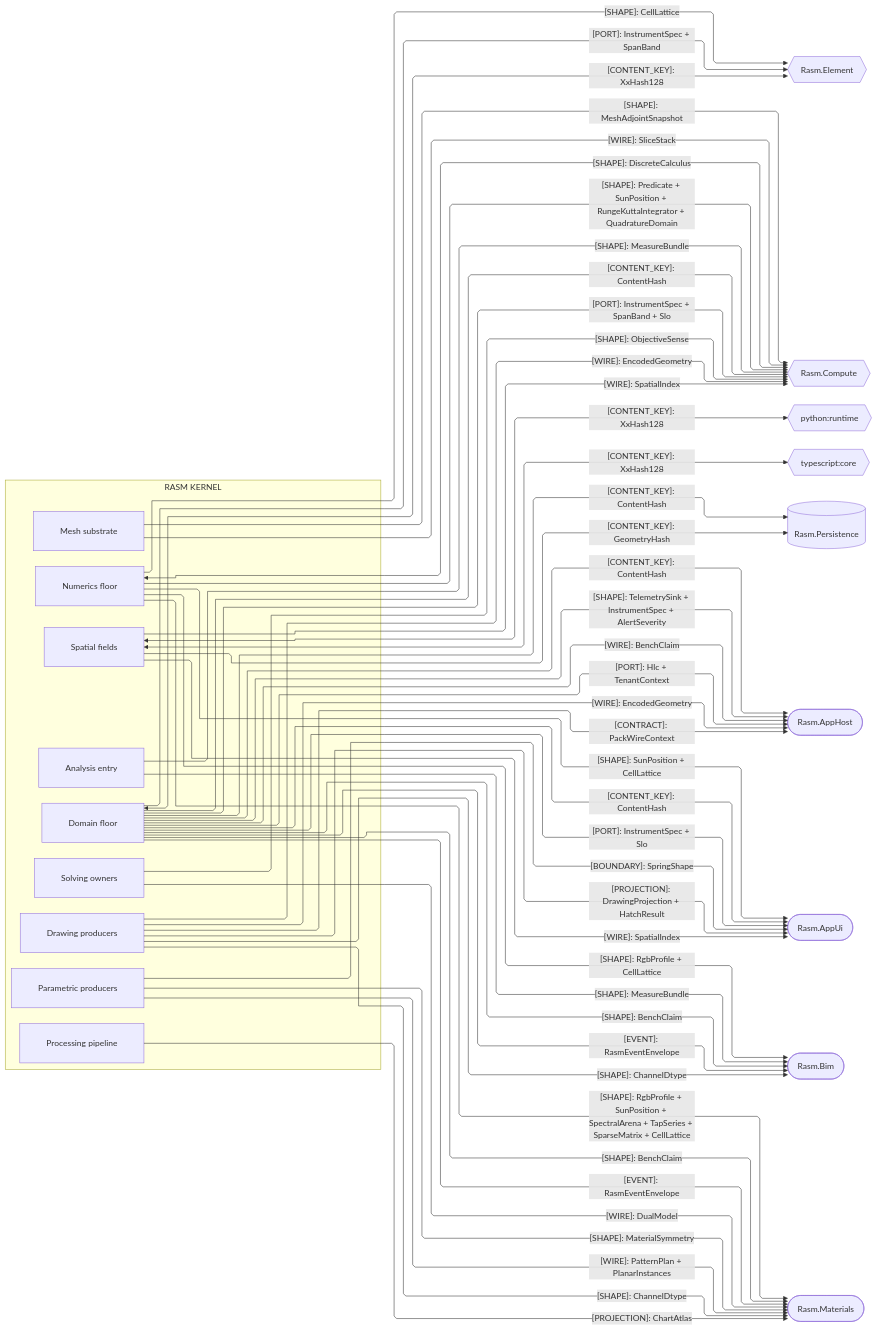
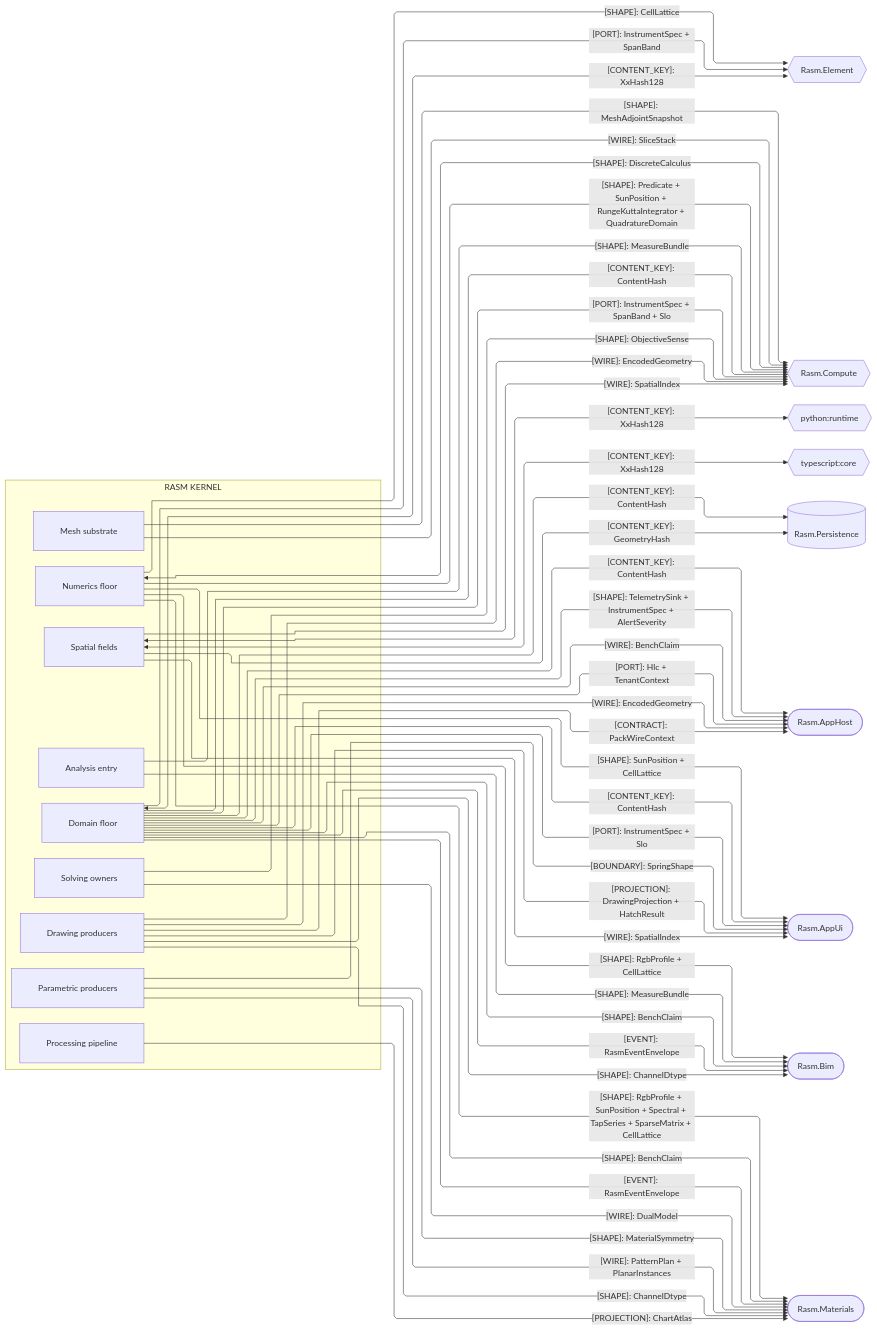
The second of 4 diagrams in libs/dotnet/Rasm/ARCHITECTURE.md (bsamiee/Rasm), drawn with Mermaid before and after one commit. The commit also changed other lines of this file and 83 other files, not shown here.

````diff
--- a/libs/dotnet/Rasm/ARCHITECTURE.md
+++ b/libs/dotnet/Rasm/ARCHITECTURE.md
@@ -170,74 +170,74 @@
 ```mermaid
 ---
 config:
   layout: elk
   flowchart:
     curve: linear
     padding: 25
 ---
 flowchart LR
     accTitle: Kernel content-key and compute-plane boundaries
     accDescr: Which content keys, shapes, ports, wires, and projections the kernel owners hand same-branch and cross-runtime peers.
     subgraph rasm[RASM KERNEL]
         Domain[Domain floor]
         Numerics[Numerics floor]
         Spatial[Spatial fields]
         Meshing[Mesh substrate]
         Parametric[Parametric producers]
         Processing[Processing pipeline]
         Solving[Solving owners]
         Drawing[Drawing producers]
         Analysis[Analysis entry]
     end
     Element{{Rasm.Element}}
     Compute{{Rasm.Compute}}
     Runtime{{python:runtime}}
     Core{{typescript:core}}
     Persistence[(Rasm.Persistence)]
     AppHost([Rasm.AppHost])
     AppUi([Rasm.AppUi])
     Bim([Rasm.Bim])
     Materials([Rasm.Materials])
     Domain e1@<-->|"[CONTENT_KEY]: XxHash128"| Element
     Domain e2@-->|"[PORT]: InstrumentSpec + SpanBand"| Element
     Domain e3@-->|"[CONTENT_KEY]: ContentHash"| Persistence
     Domain e4@-->|"[CONTENT_KEY]: ContentHash"| Compute
     Domain e5@-->|"[PORT]: InstrumentSpec + SpanBand + Slo"| Compute
     Domain e6@-->|"[CONTENT_KEY]: ContentHash"| AppHost
     Domain e7@-->|"[SHAPE]: TelemetrySink + InstrumentSpec + AlertSeverity"| AppHost
     Domain e8@-->|"[WIRE]: BenchClaim"| AppHost
     Domain e9@-->|"[PORT]: Hlc + TenantContext"| AppHost
     Domain e10@-->|"[CONTENT_KEY]: ContentHash"| AppUi
     Domain e11@-->|"[PORT]: InstrumentSpec + Slo"| AppUi
     Domain e12@-->|"[SHAPE]: BenchClaim"| Bim
     Domain e13@-->|"[EVENT]: RasmEventEnvelope"| Bim
     Domain e14@-->|"[SHAPE]: BenchClaim"| Materials
     Domain e15@-->|"[EVENT]: RasmEventEnvelope"| Materials
     Numerics e16@<-->|"[SHAPE]: DiscreteCalculus"| Compute
     Numerics e17@-->|"[SHAPE]: Predicate + SunPosition + RungeKuttaIntegrator + QuadratureDomain"| Compute
     Numerics e18@-->|"[SHAPE]: CellLattice"| Element
     Numerics e19@-->|"[SHAPE]: RgbProfile + CellLattice"| Bim
     Numerics e20@-->|"[SHAPE]: SunPosition + CellLattice"| AppUi
-    Numerics e21@-->|"[SHAPE]: RgbProfile + SunPosition + SpectralArena + TapSeries + SparseMatrix + CellLattice"| Materials
+    Numerics e21@-->|"[SHAPE]: RgbProfile + SunPosition + Spectral + TapSeries + SparseMatrix + CellLattice"| Materials
     Spatial e22@<-->|"[CONTENT_KEY]: XxHash128"| Runtime
     Spatial e23@<-->|"[CONTENT_KEY]: XxHash128"| Core
     Spatial e24@-->|"[CONTENT_KEY]: GeometryHash"| Persistence
     Spatial e25@-->|"[WIRE]: SpatialIndex"| Compute
     Spatial e26@-->|"[WIRE]: SpatialIndex"| AppUi
     Meshing e27@-->|"[SHAPE]: MeshAdjointSnapshot"| Compute
     Meshing e28@-->|"[WIRE]: SliceStack"| Compute
     Parametric e29@-->|"[BOUNDARY]: SpringShape"| AppUi
     Parametric e30@-->|"[SHAPE]: MaterialSymmetry"| Materials
     Parametric e31@-->|"[WIRE]: PatternPlan + PlanarInstances"| Materials
     Processing e32@-->|"[PROJECTION]: ChartAtlas"| Materials
     Solving e33@-->|"[SHAPE]: ObjectiveSense"| Compute
     Solving e34@-->|"[WIRE]: DualModel"| Materials
     Drawing e35@-->|"[WIRE]: EncodedGeometry"| Compute
     Drawing e36@-->|"[CONTRACT]: PackWireContext"| AppHost
     Drawing e37@-->|"[WIRE]: EncodedGeometry"| AppHost
     Drawing e38@-->|"[PROJECTION]: DrawingProjection + HatchResult"| AppUi
     Drawing e39@-->|"[SHAPE]: ChannelDtype"| Bim
     Drawing e40@-->|"[SHAPE]: ChannelDtype"| Materials
     Analysis e41@-->|"[SHAPE]: MeasureBundle"| Compute
     Analysis e42@-->|"[SHAPE]: MeasureBundle"| Bim
 ```
````
